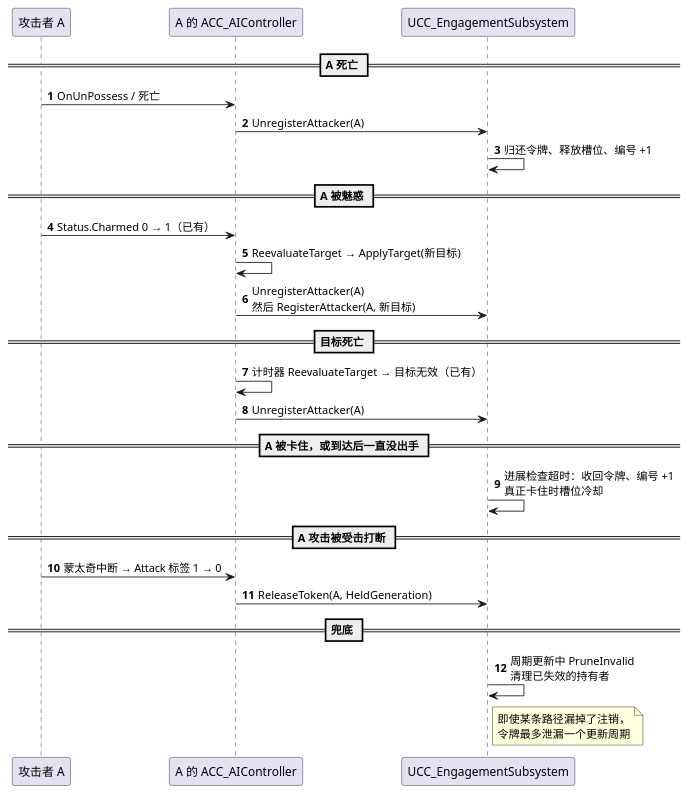
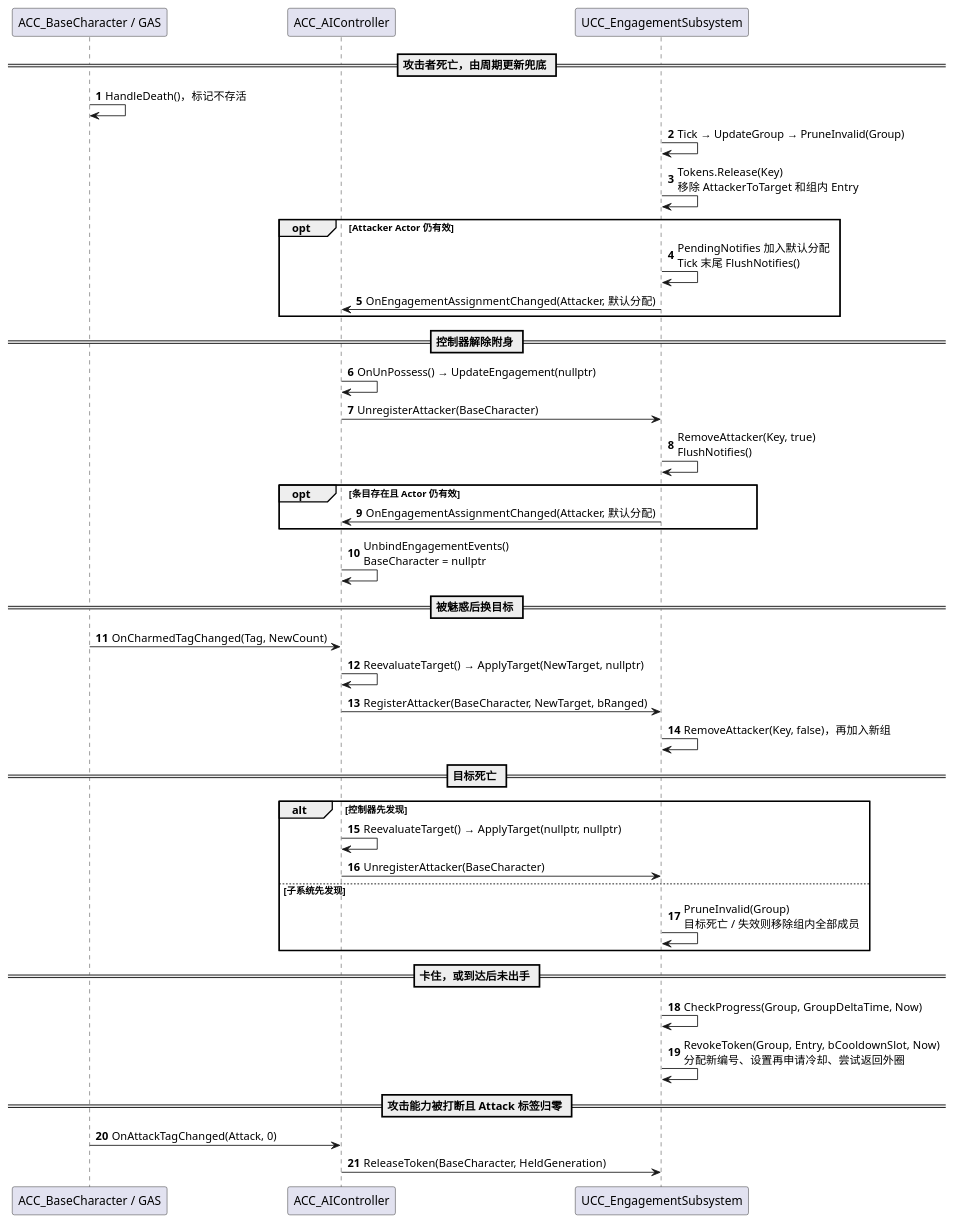
The ninth of 11 diagrams in Docs/AI-Engagement.zh-CN.md (peng984251536/GAS_Demo), drawn with PlantUML before and after one commit. The commit also changed other lines of this file and 181 other files, not shown here.

````diff
--- a/Docs/AI-Engagement.zh-CN.md
+++ b/Docs/AI-Engagement.zh-CN.md
@@ -628,39 +783,50 @@
 ```plantuml
 @startuml 回收时序
 skinparam shadowing false
 skinparam defaultFontName "Microsoft YaHei"
 autonumber
-
-participant "攻击者 A" as A
-participant "A 的 ACC_AIController" as C
+participant "ACC_BaseCharacter / GAS" as A
+participant "ACC_AIController" as C
 participant "UCC_EngagementSubsystem" as S
 
-== A 死亡 ==
-A -> C : OnUnPossess / 死亡
-C -> S : UnregisterAttacker(A)
-S -> S : 归还令牌、释放槽位、编号 +1
+== 攻击者死亡，由周期更新兜底 ==
+A -> A : HandleDeath()，标记不存活
+S -> S : Tick → UpdateGroup → PruneInvalid(Group)
+S -> S : Tokens.Release(Key)\n移除 AttackerToTarget 和组内 Entry
+opt Attacker Actor 仍有效
+  S -> S : PendingNotifies 加入默认分配\nTick 末尾 FlushNotifies()
+  S -> C : OnEngagementAssignmentChanged(Attacker, 默认分配)
+end
 
-== A 被魅惑 ==
-A -> C : Status.Charmed 0 → 1（已有）
-C -> C : ReevaluateTarget → ApplyTarget(新目标)
-C -> S : UnregisterAttacker(A)\n然后 RegisterAttacker(A, 新目标)
+== 控制器解除附身 ==
+C -> C : OnUnPossess() → UpdateEngagement(nullptr)
+C -> S : UnregisterAttacker(BaseCharacter)
+S -> S : RemoveAttacker(Key, true)\nFlushNotifies()
+opt 条目存在且 Actor 仍有效
+  S -> C : OnEngagementAssignmentChanged(Attacker, 默认分配)
+end
+C -> C : UnbindEngagementEvents()\nBaseCharacter = nullptr
+
+== 被魅惑后换目标 ==
+A -> C : OnCharmedTagChanged(Tag, NewCount)
+C -> C : ReevaluateTarget() → ApplyTarget(NewTarget, nullptr)
+C -> S : RegisterAttacker(BaseCharacter, NewTarget, bRanged)
+S -> S : RemoveAttacker(Key, false)，再加入新组
 
 == 目标死亡 ==
-C -> C : 计时器 ReevaluateTarget → 目标无效（已有）
-C -> S : UnregisterAttacker(A)
+alt 控制器先发现
+  C -> C : ReevaluateTarget() → ApplyTarget(nullptr, nullptr)
+  C -> S : UnregisterAttacker(BaseCharacter)
+else 子系统先发现
+  S -> S : PruneInvalid(Group)\n目标死亡 / 失效则移除组内全部成员
+end
 
-== A 被卡住，或到达后一直没出手 ==
-S -> S : 进展检查超时：收回令牌、编号 +1\n真正卡住时槽位冷却
+== 卡住，或到达后未出手 ==
+S -> S : CheckProgress(Group, GroupDeltaTime, Now)
+S -> S : RevokeToken(Group, Entry, bCooldownSlot, Now)\n分配新编号、设置再申请冷却、尝试返回外圈
 
-== A 攻击被受击打断 ==
-A -> C : 蒙太奇中断 → Attack 标签 1 → 0
-C -> S : ReleaseToken(A, HeldGeneration)
-
-== 兜底 ==
-S -> S : 周期更新中 PruneInvalid\n清理已失效的持有者
-note right of S
-  即使某条路径漏掉了注销，
-  令牌最多泄漏一个更新周期
-end note
+== 攻击能力被打断且 Attack 标签归零 ==
+A -> C : OnAttackTagChanged(Attack, 0)
+C -> S : ReleaseToken(BaseCharacter, HeldGeneration)
 @enduml
 ```
````
